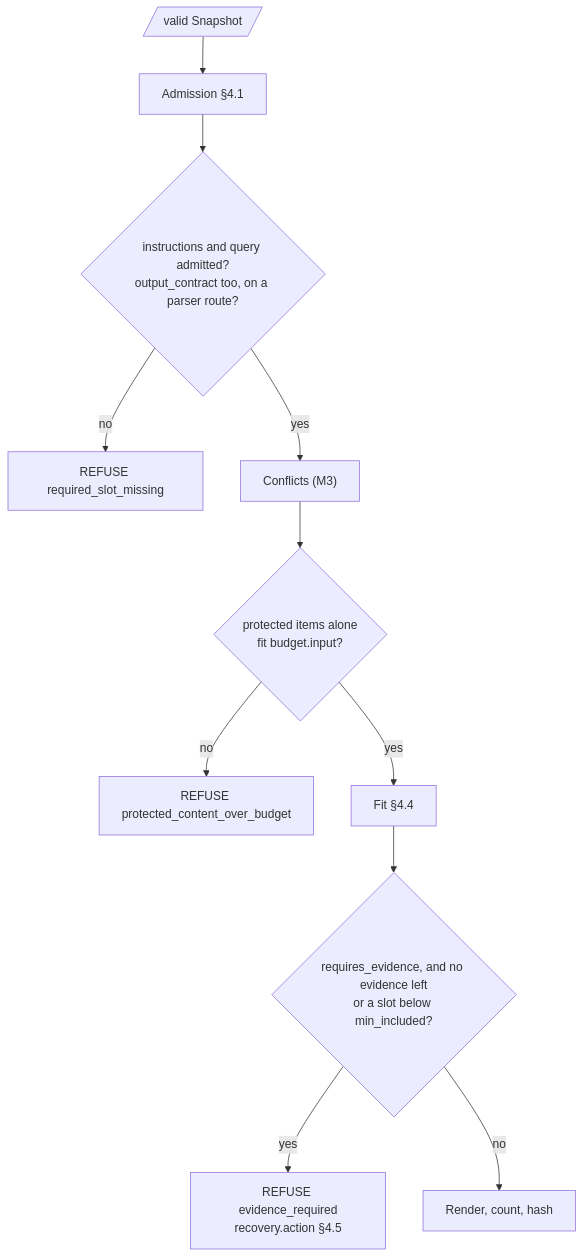
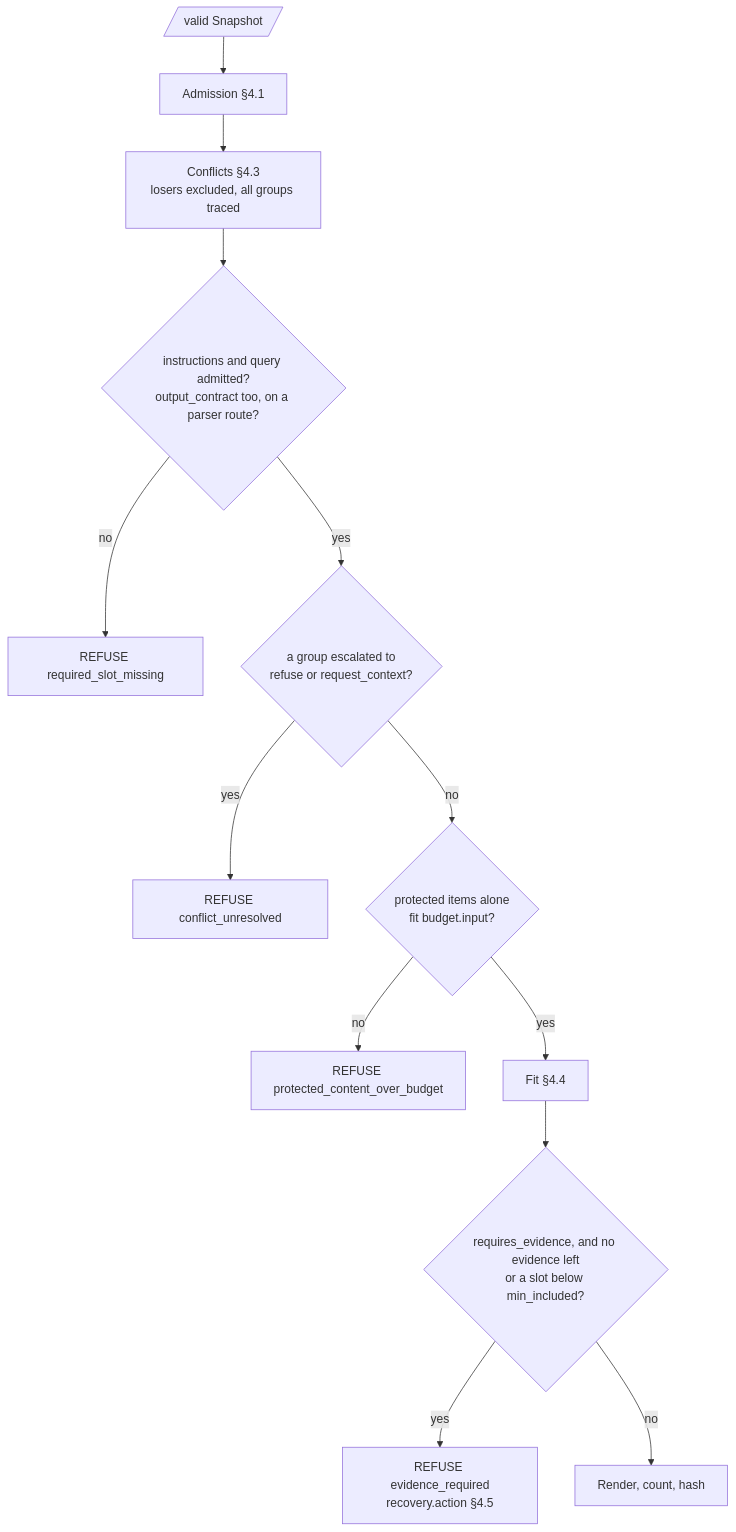
The fifth of 12 diagrams in docs/DESIGN.md (contextwindowarchitecture/assembler-python), drawn with Mermaid before and after one commit. The commit also changed other lines of this file, not shown here.

````diff
--- a/docs/DESIGN.md
+++ b/docs/DESIGN.md
@@ -310,13 +314,15 @@
 ```mermaid
 flowchart TD
   S[/"valid Snapshot"/] --> AD["Admission §4.1"]
-  AD --> Q{"instructions and query admitted?<br/>output_contract too, on a parser route?"}
+  AD --> CF["Conflicts §4.3<br/>losers excluded, all groups traced"]
+  CF --> Q{"instructions and query admitted?<br/>output_contract too, on a parser route?"}
   Q -- no --> X1["REFUSE required_slot_missing"]
-  Q -- yes --> CF["Conflicts (M3)"]
-  CF --> P{"protected items alone<br/>fit budget.input?"}
+  Q -- yes --> U{"a group escalated to<br/>refuse or request_context?"}
+  U -- yes --> X0["REFUSE conflict_unresolved"]
+  U -- no --> P{"protected items alone<br/>fit budget.input?"}
   P -- no --> X2["REFUSE protected_content_over_budget"]
   P -- yes --> FIT["Fit §4.4"]
   FIT --> E{"requires_evidence, and no evidence left<br/>or a slot below min_included?"}
   E -- yes --> X3["REFUSE evidence_required<br/>recovery.action §4.5"]
   E -- no --> RN["Render, count, hash"]
 ```
````
